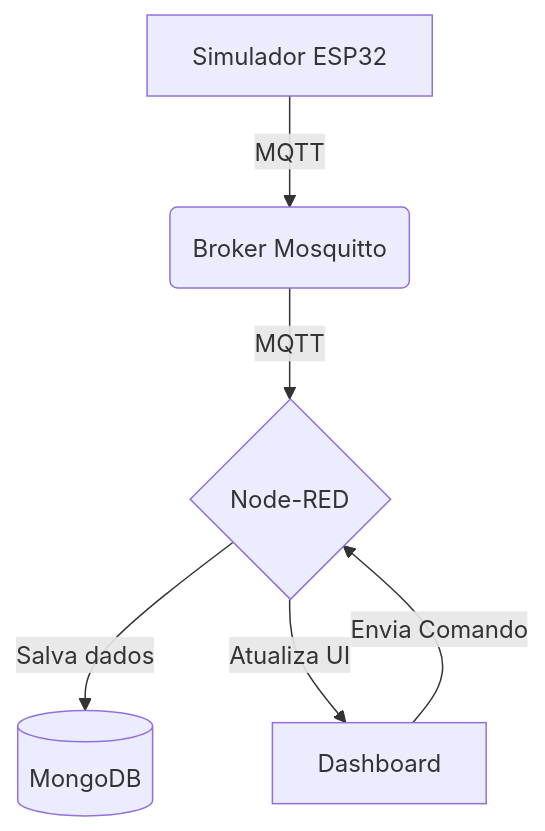
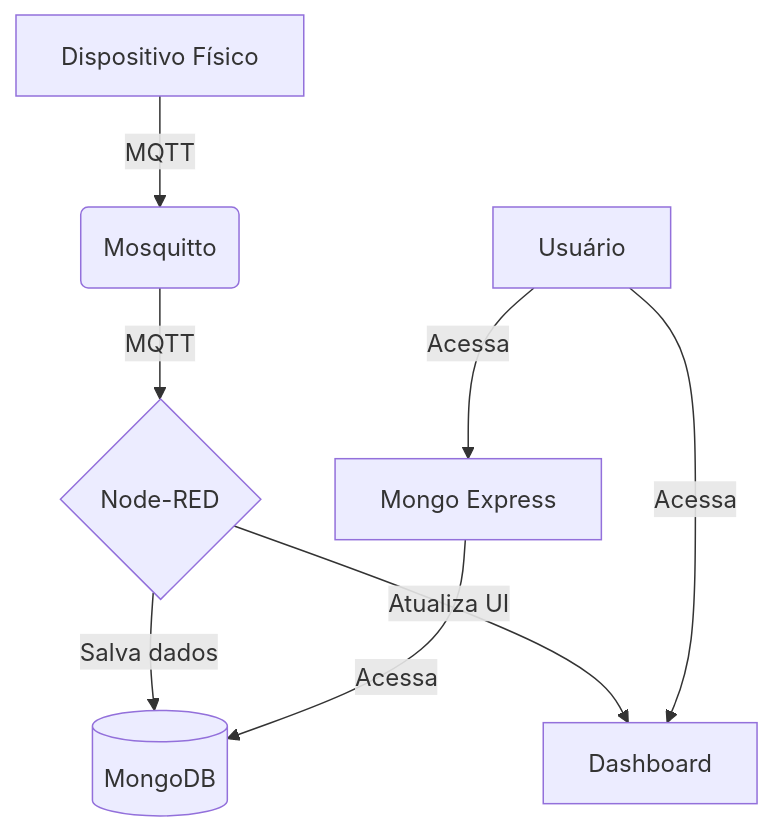
One commit to Nicolas-Dalfovo/celula07-vibracao-trabalho3 changed the diagram in README.md. Above: the diagram before and after it, drawn with Mermaid. The commit also changed other lines of this file and 3 other files, not shown here.

````diff
--- a/README.md
+++ b/README.md
@@ -14,8 +14,10 @@
 ```mermaid
 graph TD
-    A[Simulador ESP32] -- MQTT --> B(Broker Mosquitto);
+    A[Dispositivo Físico] -- MQTT --> B(Mosquitto);
     B -- MQTT --> C{Node-RED};
     C -- Salva dados --> D[(MongoDB)];
     C -- Atualiza UI --> E[Dashboard];
-    E -- Envia Comando --> C;
+    F[Mongo Express] -- Acessa --> D;
+    G[Usuário] -- Acessa --> F;
+    G -- Acessa --> E;
 ```
````
